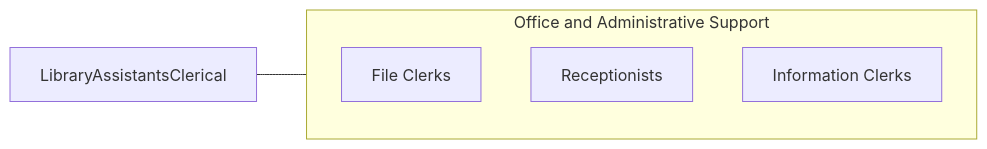
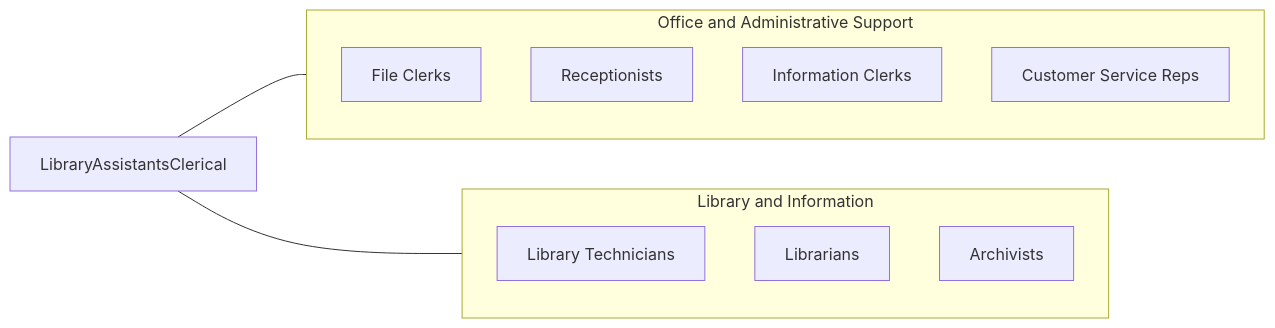
The fourth of 4 diagrams in occupations/Administrative/LibraryAssistantsClerical.mdx (kziemski/business.org.ai), drawn with Mermaid before and after one commit. The commit also changed other lines of this file and 19 other files, not shown here.

````diff
--- a/occupations/Administrative/LibraryAssistantsClerical.mdx
+++ b/occupations/Administrative/LibraryAssistantsClerical.mdx
@@ -98,10 +224,20 @@
 ```mermaid
 graph LR
     Current["LibraryAssistantsClerical"]
+
     subgraph SameCategory["Office and Administrative Support"]
-        RFileClerks["File Clerks"]
-        RReceptionists["Receptionists"]
-        RInformationClerks["Information Clerks"]
+        FileClerks["File Clerks"]
+        Receptionists["Receptionists"]
+        InformationClerks["Information Clerks"]
+        CustomerServiceReps["Customer Service Reps"]
     end
+
+    subgraph CrossFunctional["Library and Information"]
+        LibraryTechnicians["Library Technicians"]
+        Librarians["Librarians"]
+        Archivists["Archivists"]
+    end
+
     Current --- SameCategory
+    Current --- CrossFunctional
 ```
````
